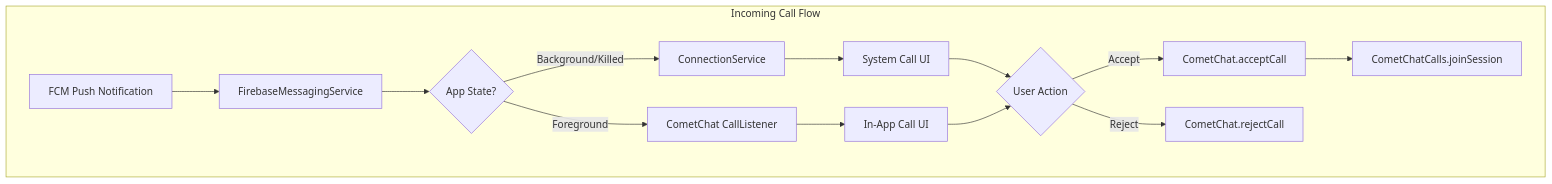
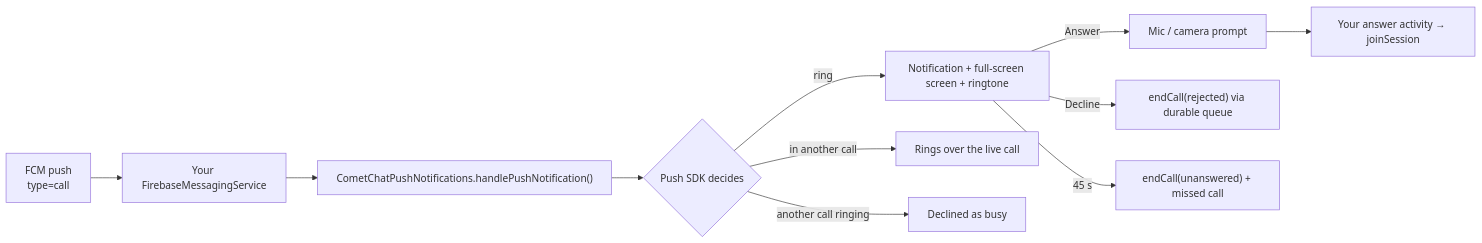
The diagram in calls/android/voip-calling.mdx (cometchat/docs), drawn with Mermaid before and after one commit. The commit also changed other lines of this file and 28 other files, not shown here.

First line of the commit message:
docs(android): document ringing through the Calls SDK and Push Notifications SDK

````diff
--- a/calls/android/voip-calling.mdx
+++ b/calls/android/voip-calling.mdx
@@ -18,16 +12,13 @@
 ```mermaid
-flowchart TB
-    subgraph "Incoming Call Flow"
-        A[FCM Push Notification] --> B[FirebaseMessagingService]
-        B --> C{App State?}
-        C -->|Background/Killed| D[ConnectionService]
-        C -->|Foreground| E[CometChat CallListener]
-        D --> F[System Call UI]
-        E --> G[In-App Call UI]
-        F --> H{User Action}
-        G --> H
-        H -->|Accept| I[CometChat.acceptCall]
-        H -->|Reject| J[CometChat.rejectCall]
-        I --> K[CometChatCalls.joinSession]
-    end
+flowchart LR
+    FCM[FCM push<br/>type=call] --> S[Your FirebaseMessagingService]
+    S --> H["CometChatPushNotifications.handlePushNotification()"]
+    H --> D{Push SDK decides}
+    D -->|ring| R[Notification + full-screen screen + ringtone]
+    D -->|in another call| W[Rings over the live call]
+    D -->|another call ringing| B[Declined as busy]
+    R -->|Answer| P[Mic / camera prompt]
+    P --> A[Your answer activity → joinSession]
+    R -->|Decline| Q["endCall(rejected) via durable queue"]
+    R -->|45 s| T["endCall(unanswered) + missed call"]
 ```
````
